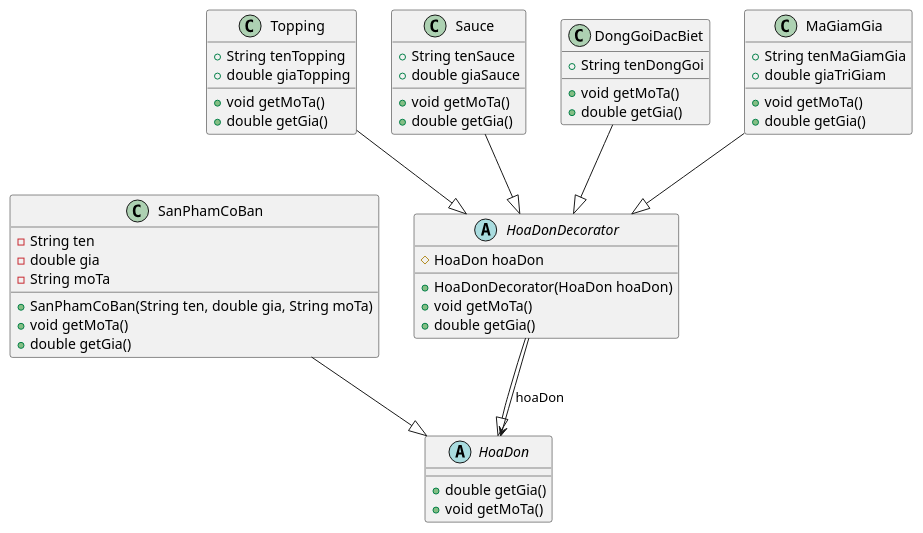
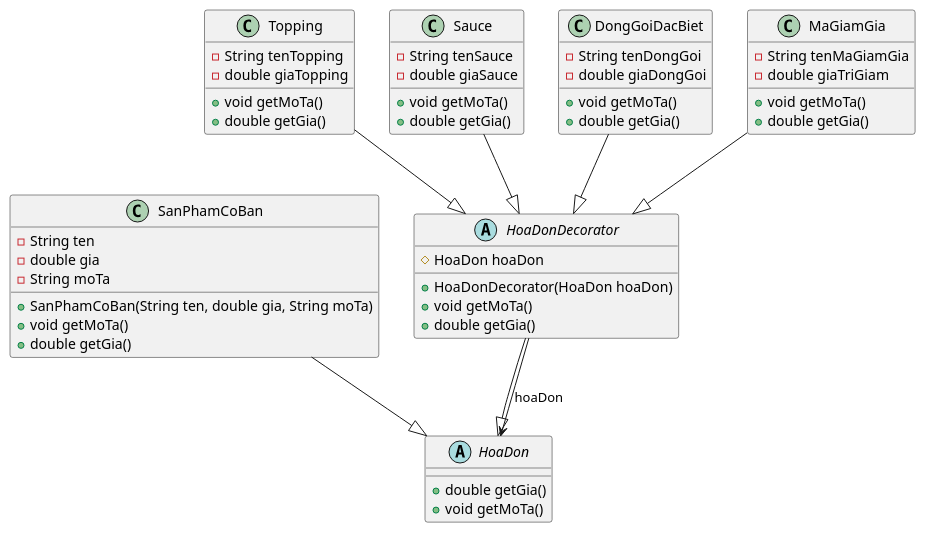
The diagram in Exercises/src/ontap/decorator_cuahanganvat/diagram.puml (hgun-nugye/SOFTWARE_ARCHITECTURE_AND_DESIGN), drawn with PlantUML before and after one commit. The commit also changed 2 other files, not shown here.

```diff
--- a/Exercises/src/ontap/decorator_cuahanganvat/diagram.puml
+++ b/Exercises/src/ontap/decorator_cuahanganvat/diagram.puml
@@ -1,55 +1,56 @@
 @startuml
 abstract class HoaDon{
     + double getGia()
     + void getMoTa()
 }
 
 class SanPhamCoBan{
     - String ten
     - double gia
     - String moTa
     + SanPhamCoBan(String ten, double gia, String moTa)
     + void getMoTa()
     + double getGia()
 }
 
 abstract class HoaDonDecorator{
     # HoaDon hoaDon
     + HoaDonDecorator(HoaDon hoaDon)
     + void getMoTa()
     + double getGia()
 }
 
 class Topping{
-    + String tenTopping
-    + double giaTopping
+    - String tenTopping
+    - double giaTopping
     + void getMoTa()
     + double getGia()
 }
 class Sauce{
-    + String tenSauce
-    + double giaSauce
+    - String tenSauce
+    - double giaSauce
     + void getMoTa()
     + double getGia()
 }
 class DongGoiDacBiet{
-    +String tenDongGoi
+    - String tenDongGoi
+    - double giaDongGoi
     + void getMoTa()
     + double getGia()
 }
 class MaGiamGia{
-    + String tenMaGiamGia
-    + double giaTriGiam
+    - String tenMaGiamGia
+    - double giaTriGiam
     + void getMoTa()
     + double getGia()
 }
 
 
 SanPhamCoBan --|> HoaDon
 HoaDonDecorator --|> HoaDon
 HoaDonDecorator --> HoaDon: hoaDon
 Topping --|> HoaDonDecorator
 Sauce --|> HoaDonDecorator
 DongGoiDacBiet --|> HoaDonDecorator
 MaGiamGia --|> HoaDonDecorator
 @enduml
```
